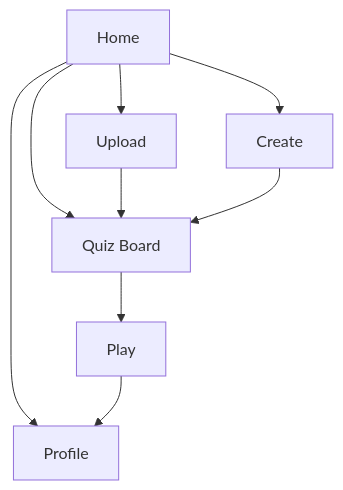
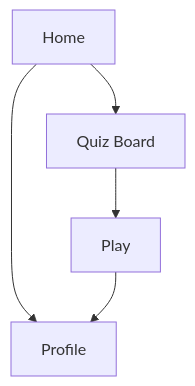
Before and after one commit to mental1337/jeopardyze: the fourth of 4 diagrams in docs/project_design_doc.md, drawn with Mermaid. The commit also changed other lines of this file, not shown here.

````diff
--- a/docs/project_design_doc.md
+++ b/docs/project_design_doc.md
@@ -281,11 +326,7 @@
 ```mermaid
 graph TD
-    Home[Home] --> Upload[Upload]
-    Home --> Create[Create]
-    Home --> Profile[Profile]
+    Home[Home] --> Profile[Profile]
     Home --> QuizBoard[Quiz Board]
     QuizBoard --> Play[Play]
     Play --> Profile
-    Upload --> QuizBoard
-    Create --> QuizBoard
 ```
````
